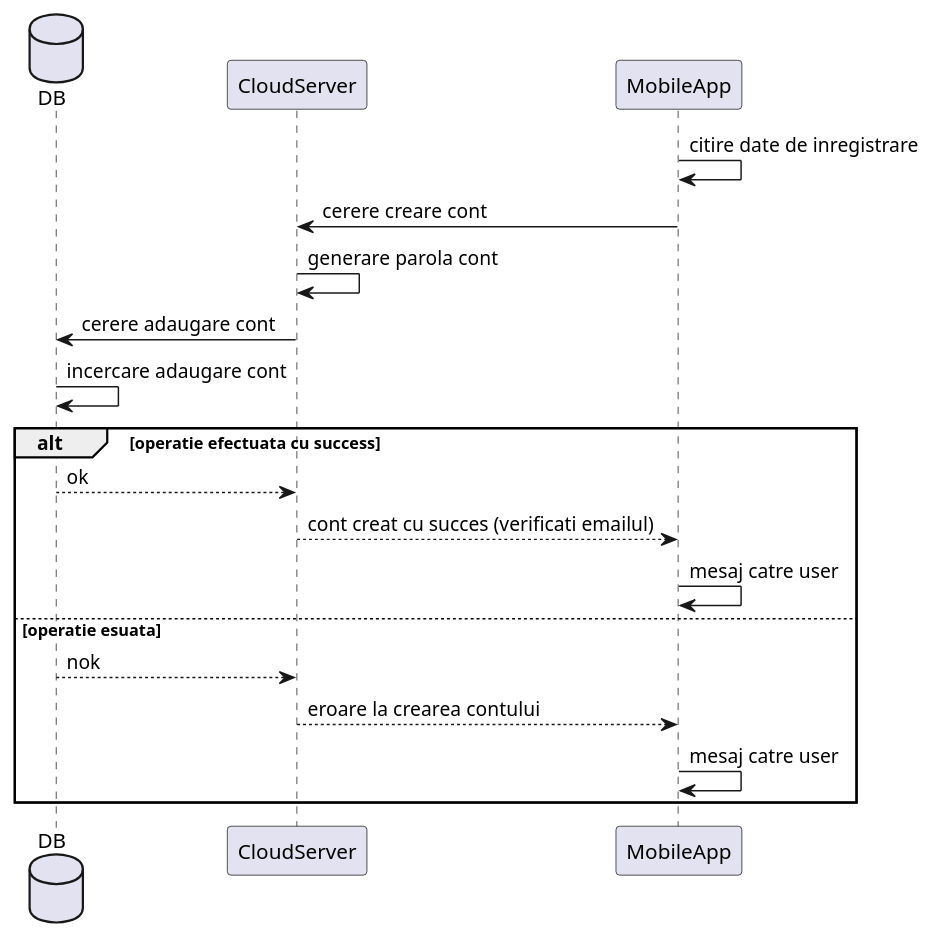
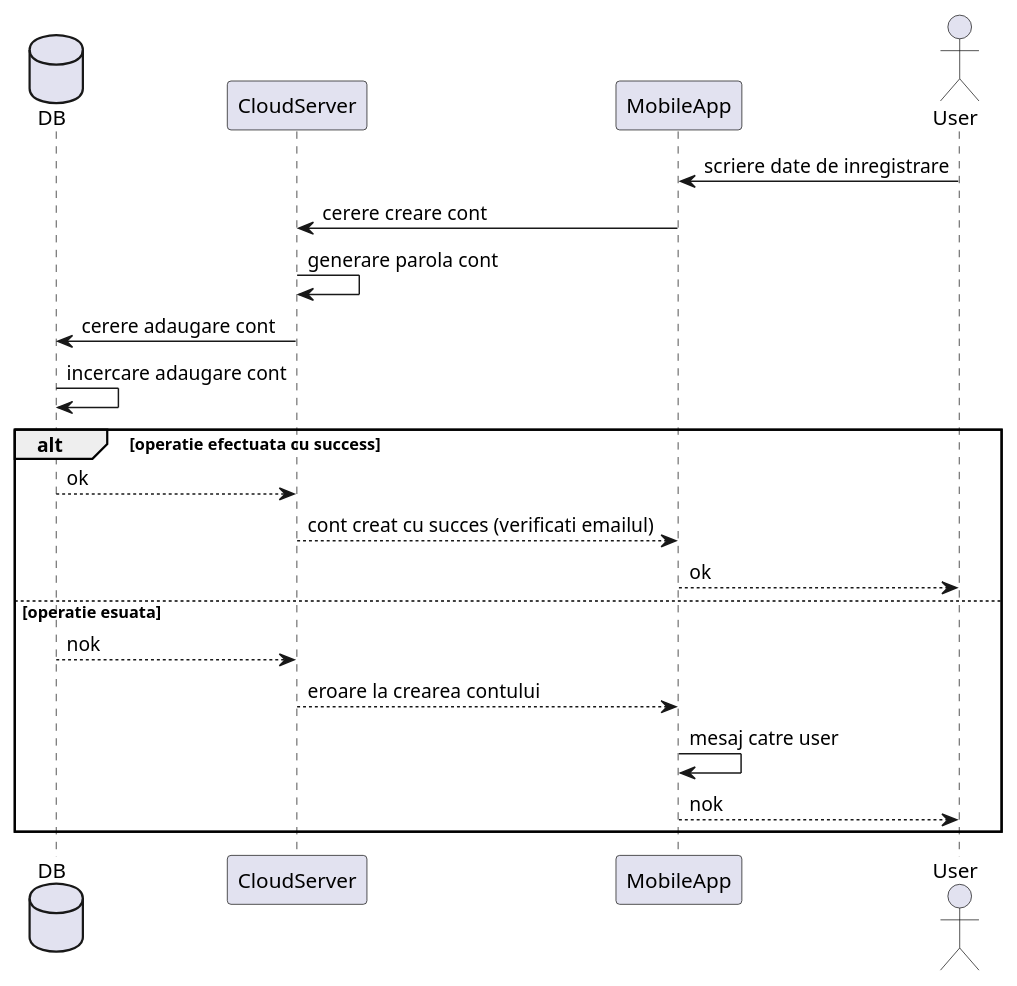
Before and after one commit to BVasi/ProiectIP: the diagram in Sequence_DG/MobileApp/signup.plantuml, drawn with PlantUML. The commit also changed 10 other files, not shown here.

```diff
--- a/Sequence_DG/MobileApp/signup.plantuml
+++ b/Sequence_DG/MobileApp/signup.plantuml
@@ -1,23 +1,25 @@
 @startuml signup
 
 database DB
 participant CloudServer
 participant MobileApp
+actor User
 
-MobileApp -> MobileApp: citire date de inregistrare
+User -> MobileApp: scriere date de inregistrare
 MobileApp -> CloudServer: cerere creare cont
 CloudServer -> CloudServer: generare parola cont
 CloudServer -> DB: cerere adaugare cont
 DB -> DB: incercare adaugare cont
 
 alt operatie efectuata cu success
     DB --> CloudServer: ok
     CloudServer --> MobileApp: cont creat cu succes (verificati emailul)
-    MobileApp -> MobileApp: mesaj catre user
+    MobileApp --> User: ok
 else operatie esuata
     DB --> CloudServer: nok
     CloudServer --> MobileApp: eroare la crearea contului
     MobileApp -> MobileApp: mesaj catre user
+    MobileApp --> User: nok
 end
 
 @enduml
```
